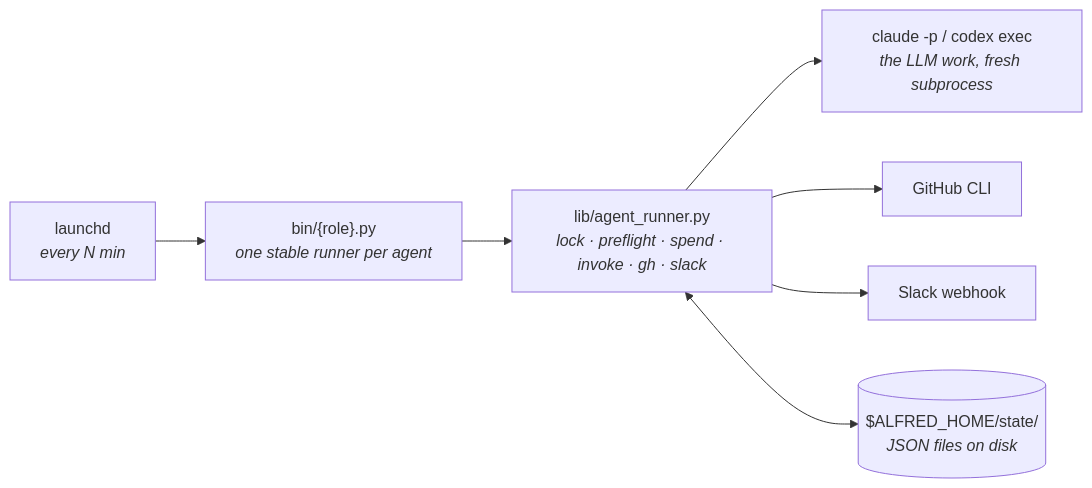
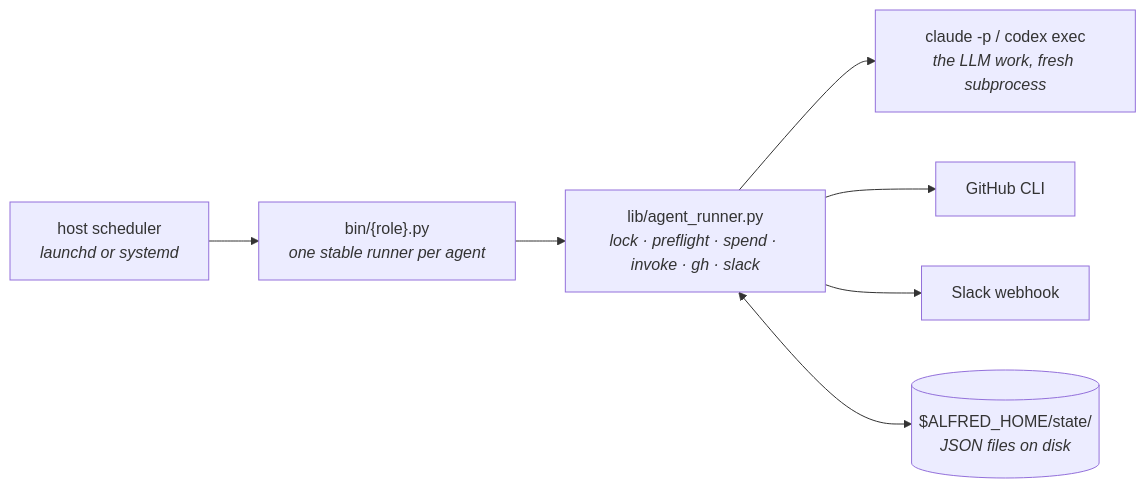
The first of 4 diagrams in site/src/content/docs/concepts/architecture.md (luminik-io/alfred-os), drawn with Mermaid before and after one commit. The commit also changed other lines of this file and 39 other files, not shown here.

````diff
--- a/site/src/content/docs/concepts/architecture.md
+++ b/site/src/content/docs/concepts/architecture.md
@@ -12,15 +12,15 @@
 ```mermaid
 flowchart LR
-    launchd["launchd<br/><i>every N min</i>"]
+    scheduler["host scheduler<br/><i>launchd or systemd</i>"]
     role["bin/{role}.py<br/><i>one stable runner per agent</i>"]
     runner["lib/agent_runner.py<br/><i>lock · preflight · spend · invoke · gh · slack</i>"]
     engine["claude -p / codex exec<br/><i>the LLM work, fresh subprocess</i>"]
     gh["GitHub CLI"]
     slack["Slack webhook"]
     state[("$ALFRED_HOME/state/<br/><i>JSON files on disk</i>")]
 
-    launchd --> role --> runner --> engine
+    scheduler --> role --> runner --> engine
     runner --> gh
     runner --> slack
     runner <--> state
 ```
````
